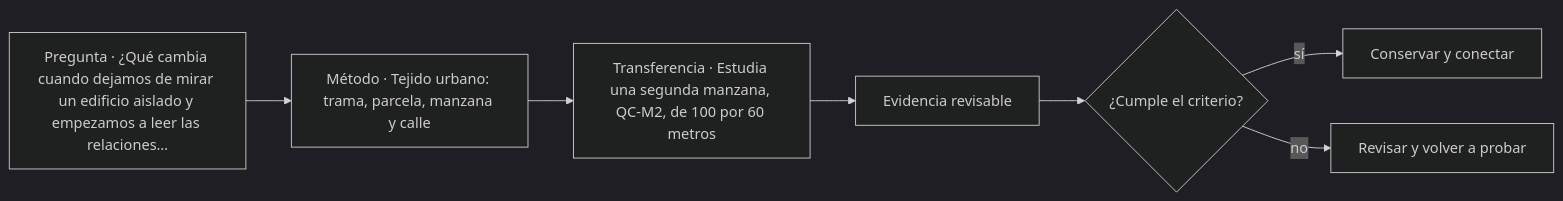
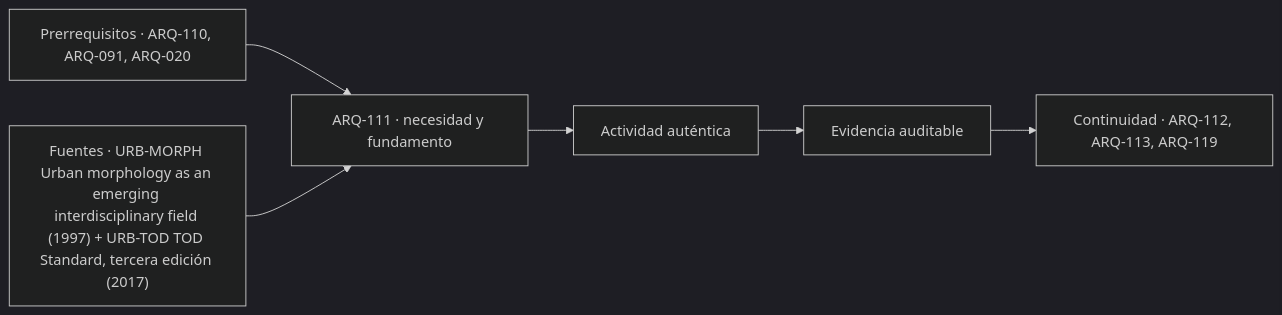
Before and after one commit to vladimiracunadev-create/architecture-built-environment-learning-program: the diagram in classes/parte-12/ARQ-111.md, drawn with Mermaid (dark theme). The commit also changed other lines of this file and 761 other files, not shown here.

````diff
--- a/classes/parte-12/ARQ-111.md
+++ b/classes/parte-12/ARQ-111.md
@@ -104,9 +116,8 @@
 ```mermaid
 flowchart LR
-    Q["Pregunta · ¿Qué cambia cuando dejamos de mirar un edificio aislado y empezamos a leer las relaciones…"] --> M["Método · Tejido urbano: trama, parcela, manzana y calle"]
-    M --> P["Transferencia · Estudia una segunda manzana, QC-M2, de 100 por 60 metros"]
-    P --> E["Evidencia revisable"]
-    E --> C{"¿Cumple el criterio?"}
-    C -->|sí| T["Conservar y conectar"]
-    C -->|no| R["Revisar y volver a probar"]
+    A["Prerrequisitos · ARQ-110, ARQ-091, ARQ-020"] --> B["ARQ-111 · necesidad y fundamento"]
+    S["Fuentes · URB-MORPH Urban morphology as an emerging interdisciplinary field (1997) + URB-TOD TOD Standard, tercera edición (2017)"] --> B
+    B --> C["Actividad auténtica"]
+    C --> D["Evidencia auditable"]
+    D --> E["Continuidad · ARQ-112, ARQ-113, ARQ-119"]
 ```
````
